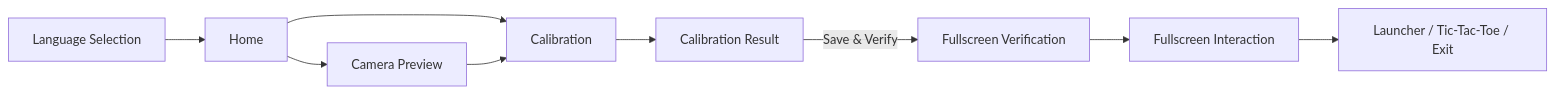
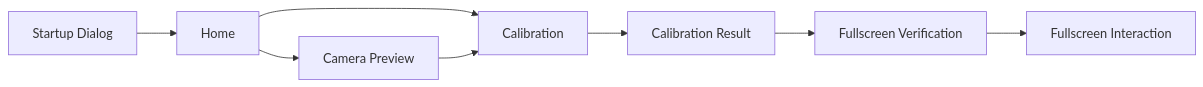
Before and after one commit to narmi924/Look2Act_Tracker: the first of 2 diagrams in README.md, drawn with Mermaid. The commit also changed other lines of this file and 21 other files, not shown here.

````diff
--- a/README.md
+++ b/README.md
@@ -69,11 +60,10 @@
 ```mermaid
 flowchart LR
-    A[Language Selection] --> B[Home]
+    A[Startup Dialog] --> B[Home]
     B --> C[Camera Preview]
     B --> D[Calibration]
     C --> D
     D --> E[Calibration Result]
-    E -->|Save & Verify| F[Fullscreen Verification]
+    E --> F[Fullscreen Verification]
     F --> G[Fullscreen Interaction]
-    G --> H[Launcher / Tic-Tac-Toe / Exit]
 ```
````
